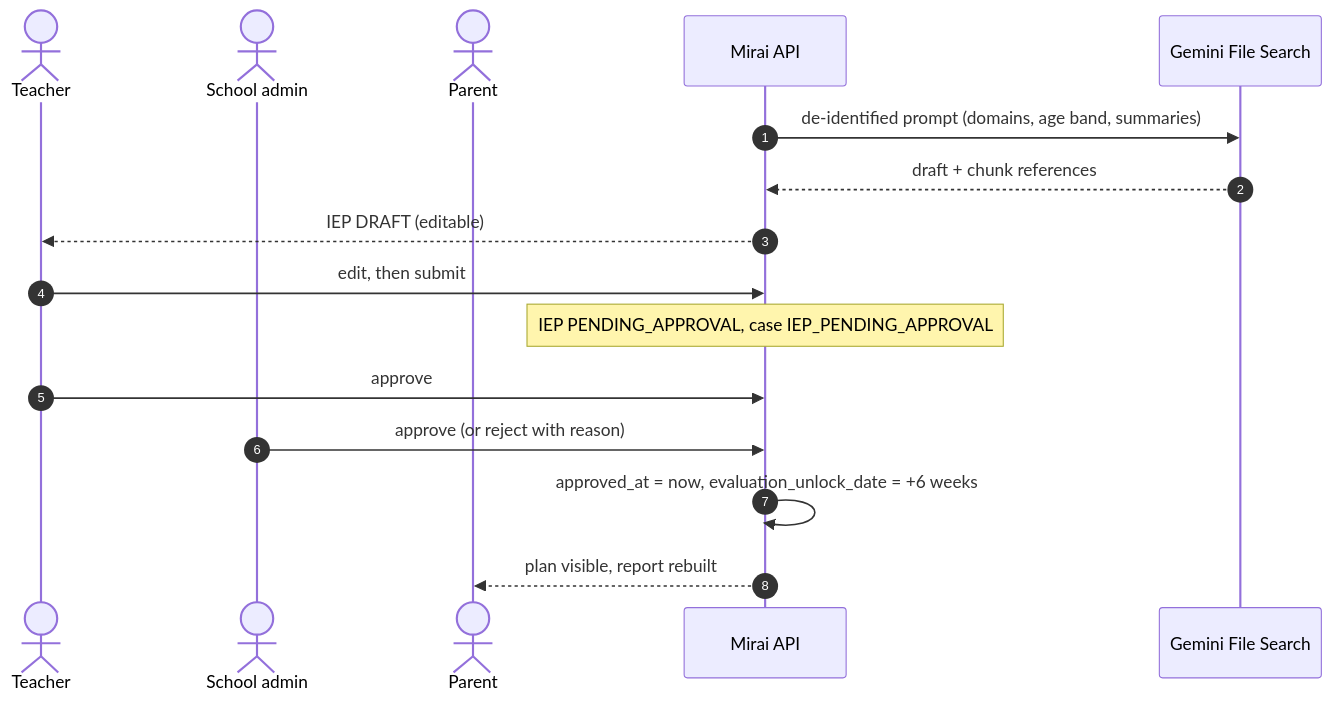
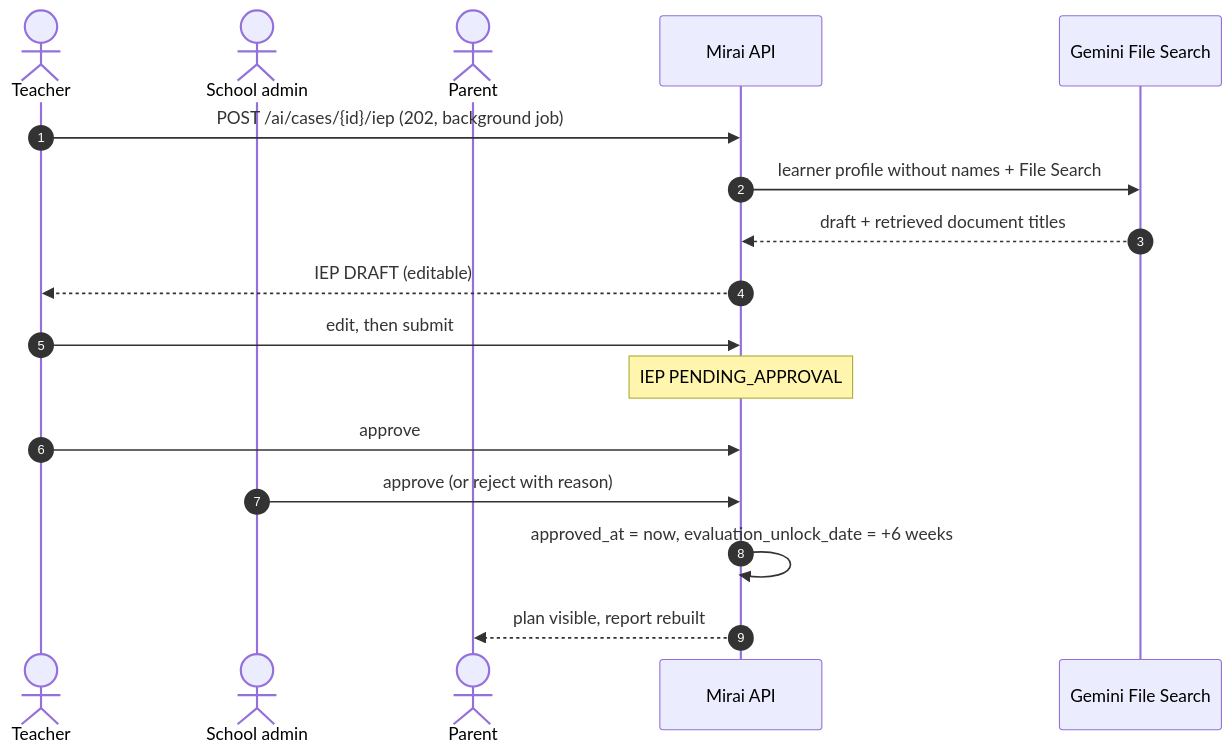
The fifth of 6 diagrams in docs/architecture/system-context.md (akirachix/prism-technical-documentation), drawn with Mermaid before and after one commit. The commit also changed other lines of this file and 154 other files, not shown here.

````diff
--- a/docs/architecture/system-context.md
+++ b/docs/architecture/system-context.md
@@ -176,19 +164,20 @@
 ```mermaid
 sequenceDiagram
     autonumber
     actor T as Teacher
     actor SA as School admin
     actor P as Parent
     participant API as Mirai API
     participant AI as Gemini File Search
 
-    API->>AI: de-identified prompt (domains, age band, summaries)
-    AI-->>API: draft + chunk references
+    T->>API: POST /ai/cases/{id}/iep (202, background job)
+    API->>AI: learner profile without names + File Search
+    AI-->>API: draft + retrieved document titles
     API-->>T: IEP DRAFT (editable)
     T->>API: edit, then submit
-    Note over API: IEP PENDING_APPROVAL, case IEP_PENDING_APPROVAL
+    Note over API: IEP PENDING_APPROVAL
     T->>API: approve
     SA->>API: approve (or reject with reason)
     API->>API: approved_at = now, evaluation_unlock_date = +6 weeks
     API-->>P: plan visible, report rebuilt
 ```
````
